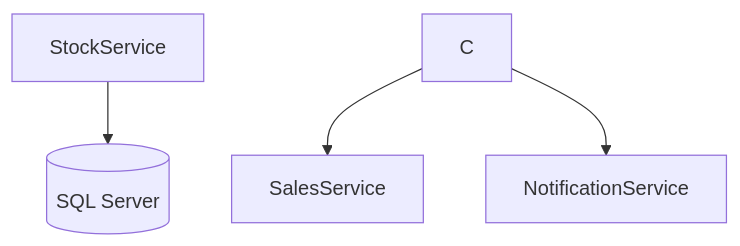
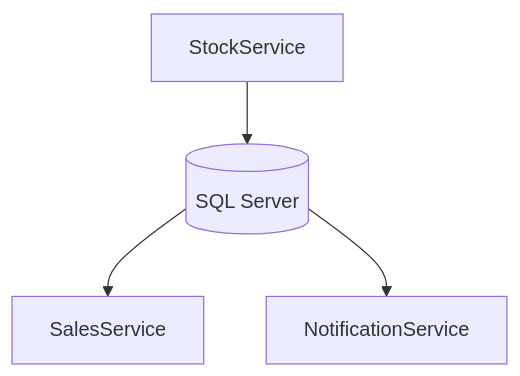
Before and after one commit to ketymjj/desafio-bmg-Ketlyn: the diagram in README.md, drawn with Mermaid. The commit also changed other lines of this file and 10 other files, not shown here.

````diff
--- a/README.md
+++ b/README.md
@@ -37,6 +49,6 @@
 ```mermaid
 graph TD
     A[StockService] --> B[(SQL Server)]
-    C --> D[SalesService]
-    C --> E[NotificationService]
+    B --> C[SalesService]
+    B --> D[NotificationService]
 ```
````
